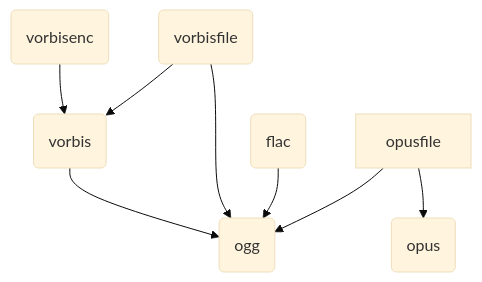
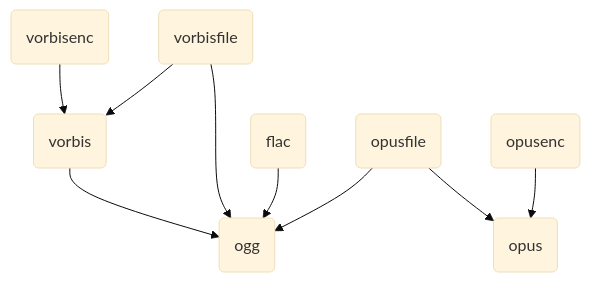
The diagram in README.md (Demonese/xiph-audio-windows-build), drawn with Mermaid (base theme) before and after one commit. The commit also changed other lines of this file, not shown here.

````diff
--- a/README.md
+++ b/README.md
@@ -89,17 +95,20 @@
 ```mermaid
 graph TB
     ogg(ogg)
     vorbis(vorbis)
     vorbisenc(vorbisenc)
     vorbisfile(vorbisfile)
     flac(flac)
     opus(opus)
+    opusfile(opusfile)
+    opusenc(opusenc)
 
     vorbis --> ogg
     vorbisenc --> vorbis
     vorbisfile --> ogg
     vorbisfile --> vorbis
     flac --> ogg
     opusfile --> ogg
     opusfile --> opus
+    opusenc --> opus
 ```
````
